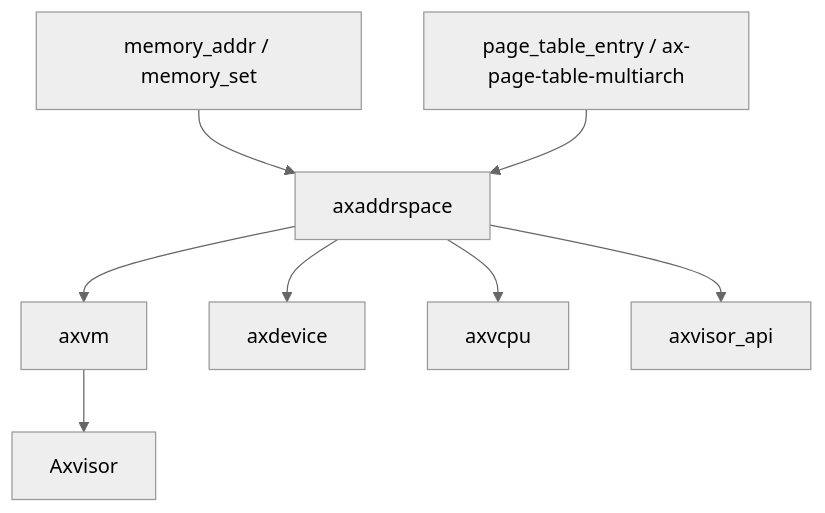
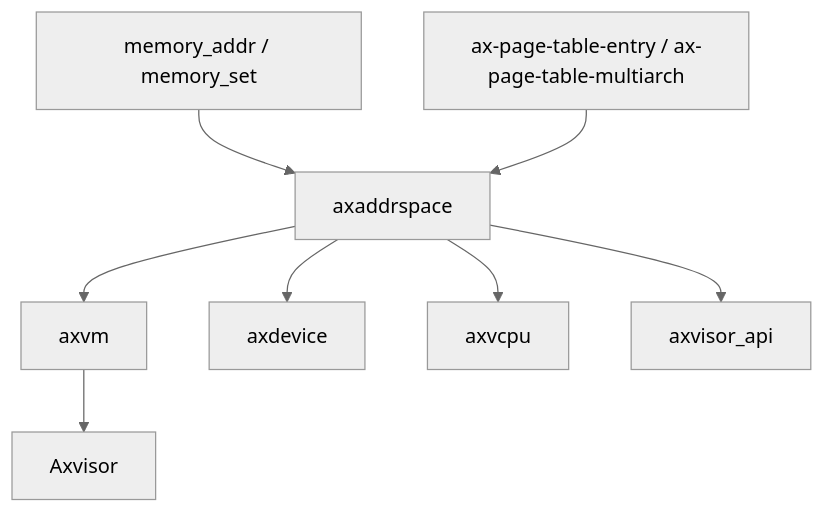
One commit to rcore-os/tgoskits changed the second of 2 diagrams in docs/crates/axaddrspace.md. Above: the diagram before and after it, drawn with Mermaid (neutral theme). The commit also changed other lines of this file and 62 other files, not shown here.

Commit message:
rename page_table_entry to ax-page-table-entry

````diff
--- a/docs/crates/axaddrspace.md
+++ b/docs/crates/axaddrspace.md
@@ -260,10 +260,10 @@
 ```mermaid
 graph TD
     A[memory_addr / memory_set] --> B[axaddrspace]
-    C[page_table_entry / ax-page-table-multiarch] --> B
+    C[ax-page-table-entry / ax-page-table-multiarch] --> B
     B --> D[axvm]
     B --> E[axdevice]
     B --> F[axvcpu]
     B --> G[axvisor_api]
     D --> H[Axvisor]
 ```
````
